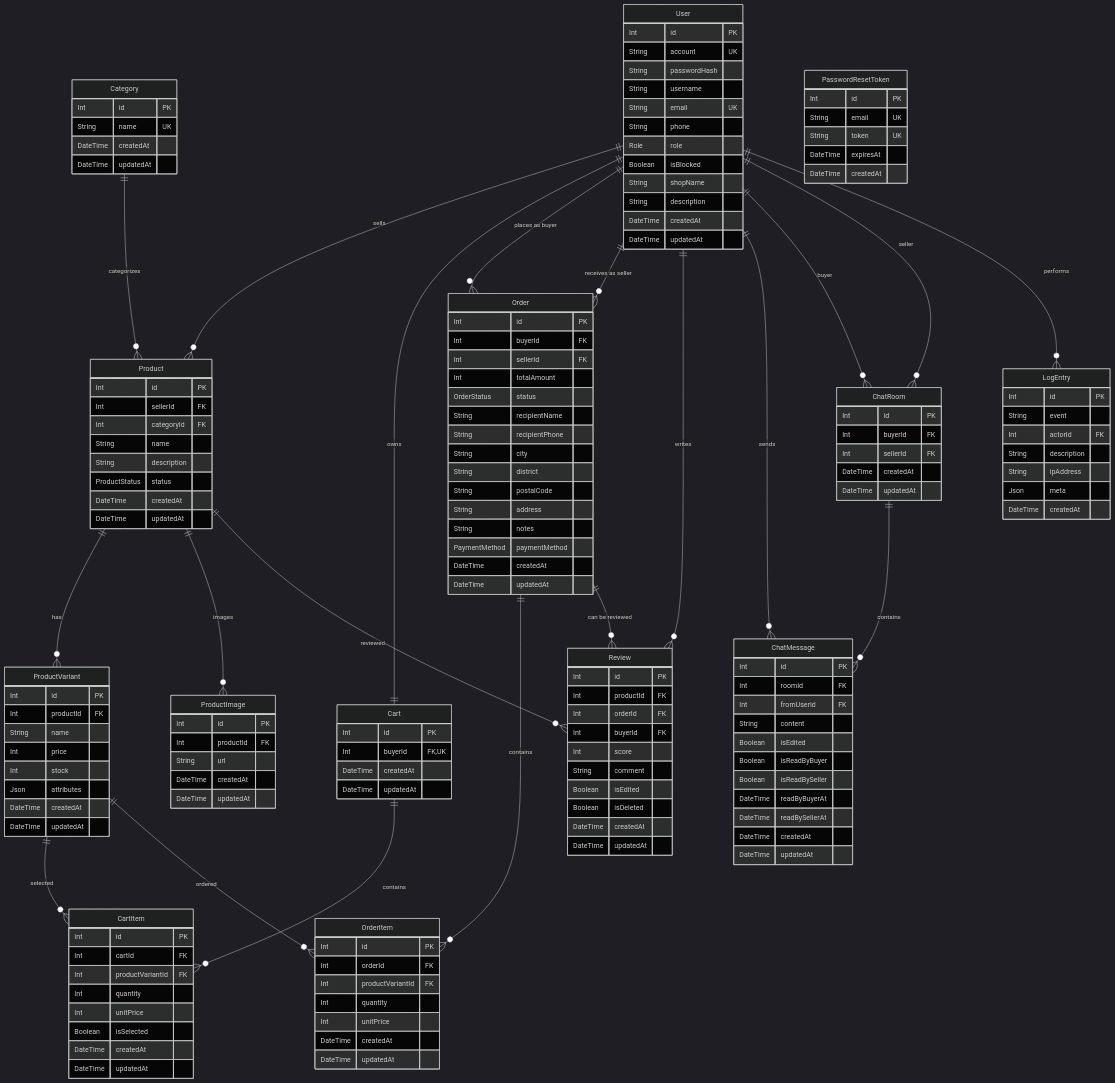
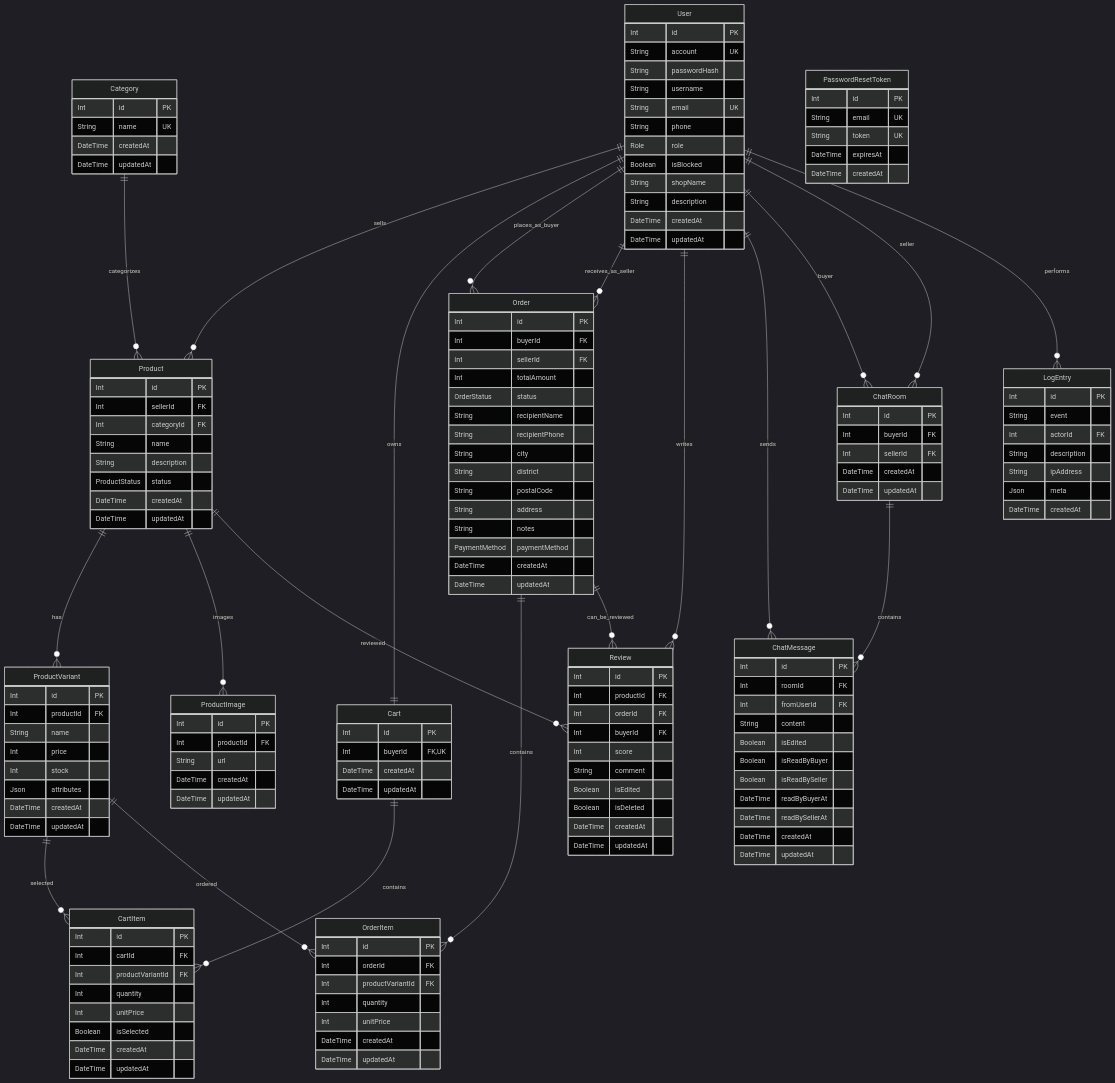
The fifth of 5 diagrams in README.md (Damian-Hsu/Mobile_Commerce_Final_Projec_Zipperoo), drawn with Mermaid (dark theme) before and after one commit. The commit also changed other lines of this file, not shown here.

````diff
--- a/README.md
+++ b/README.md
@@ -876,31 +876,31 @@
     }
 
     %% 用戶關聯
-    User ||--o{ Product : "sells"
-    User ||--|| Cart : "owns"
-    User ||--o{ Order : "places as buyer"
-    User ||--o{ Order : "receives as seller"
-    User ||--o{ Review : "writes"
-    User ||--o{ ChatMessage : "sends"
-    User ||--o{ ChatRoom : "buyer"
-    User ||--o{ ChatRoom : "seller"
-    User ||--o{ LogEntry : "performs"
+    User ||--o{ Product : sells
+    User ||--|| Cart : owns
+    User ||--o{ Order : places_as_buyer
+    User ||--o{ Order : receives_as_seller
+    User ||--o{ Review : writes
+    User ||--o{ ChatMessage : sends
+    User ||--o{ ChatRoom : buyer
+    User ||--o{ ChatRoom : seller
+    User ||--o{ LogEntry : performs
     
     %% 商品關聯
-    Category ||--o{ Product : "categorizes"
-    Product ||--o{ ProductVariant : "has"
-    Product ||--o{ ProductImage : "images"
-    Product ||--o{ Review : "reviewed"
+    Category ||--o{ Product : categorizes
+    Product ||--o{ ProductVariant : has
+    Product ||--o{ ProductImage : images
+    Product ||--o{ Review : reviewed
     
     %% 購物車關聯
-    Cart ||--o{ CartItem : "contains"
-    ProductVariant ||--o{ CartItem : "selected"
+    Cart ||--o{ CartItem : contains
+    ProductVariant ||--o{ CartItem : selected
     
     %% 訂單關聯
-    Order ||--o{ OrderItem : "contains"
-    ProductVariant ||--o{ OrderItem : "ordered"
-    Order ||--o{ Review : "can be reviewed"
+    Order ||--o{ OrderItem : contains
+    ProductVariant ||--o{ OrderItem : ordered
+    Order ||--o{ Review : can_be_reviewed
     
     %% 聊天關聯
-    ChatRoom ||--o{ ChatMessage : "contains"
+    ChatRoom ||--o{ ChatMessage : contains
 ```
````
